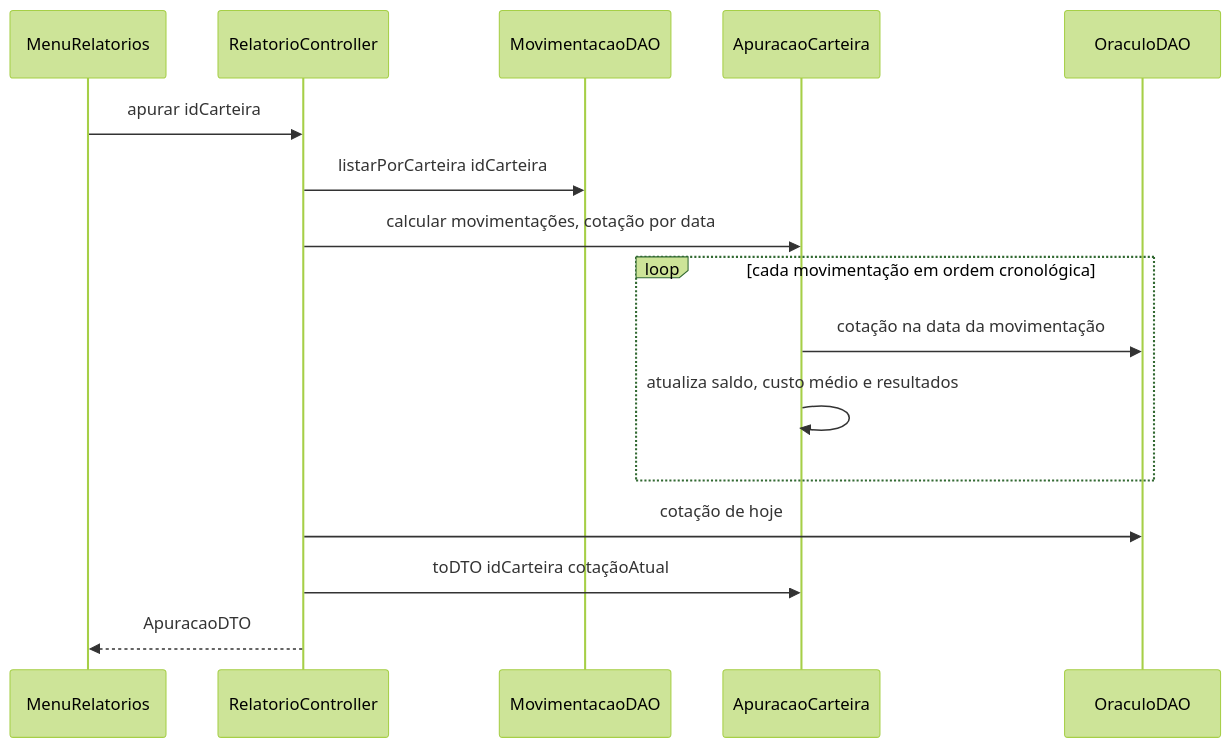
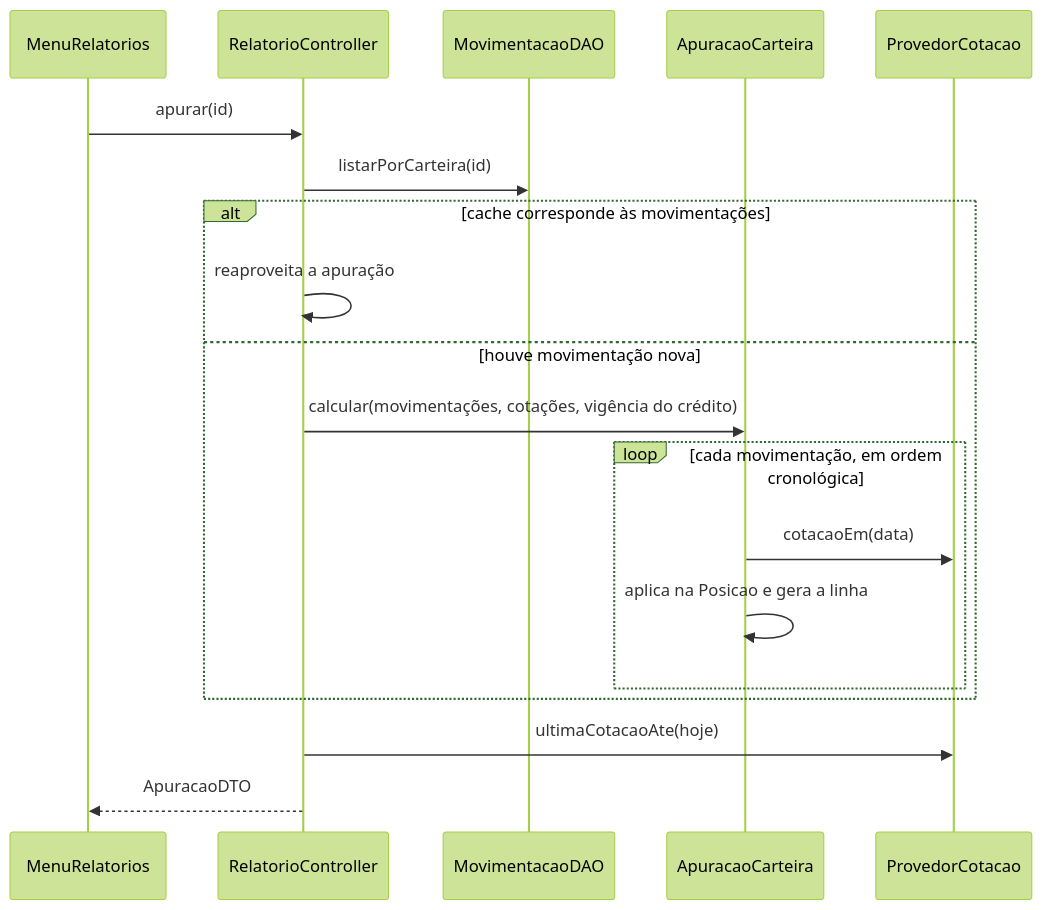
One commit to CassianoBorborema/FT_Coin changed the second of 2 diagrams in docs/fluxo-relatorios.md. Above: the diagram before and after it, drawn with Mermaid (forest theme). The commit also changed other lines of this file and 107 other files, not shown here.

````diff
--- a/docs/fluxo-relatorios.md
+++ b/docs/fluxo-relatorios.md
@@ -107,19 +70,22 @@
 ```mermaid
 sequenceDiagram
     participant MR as MenuRelatorios
-    participant Ctrl as RelatorioController
-    participant MovDAO as MovimentacaoDAO
-    participant Ap as ApuracaoCarteira
-    participant OracDAO as OraculoDAO
+    participant C as RelatorioController
+    participant D as MovimentacaoDAO
+    participant A as ApuracaoCarteira
+    participant P as ProvedorCotacao
 
-    MR->>Ctrl: apurar idCarteira
-    Ctrl->>MovDAO: listarPorCarteira idCarteira
-    Ctrl->>Ap: calcular movimentações, cotação por data
-    loop cada movimentação em ordem cronológica
-        Ap->>OracDAO: cotação na data da movimentação
-        Ap->>Ap: atualiza saldo, custo médio e resultados
+    MR->>C: apurar(id)
+    C->>D: listarPorCarteira(id)
+    alt cache corresponde às movimentações
+        C->>C: reaproveita a apuração
+    else houve movimentação nova
+        C->>A: calcular(movimentações, cotações, vigência do crédito)
+        loop cada movimentação, em ordem cronológica
+            A->>P: cotacaoEm(data)
+            A->>A: aplica na Posicao e gera a linha
+        end
     end
-    Ctrl->>OracDAO: cotação de hoje
-    Ctrl->>Ap: toDTO idCarteira cotaçãoAtual
-    Ctrl-->>MR: ApuracaoDTO
+    C->>P: ultimaCotacaoAte(hoje)
+    C-->>MR: ApuracaoDTO
 ```
````
